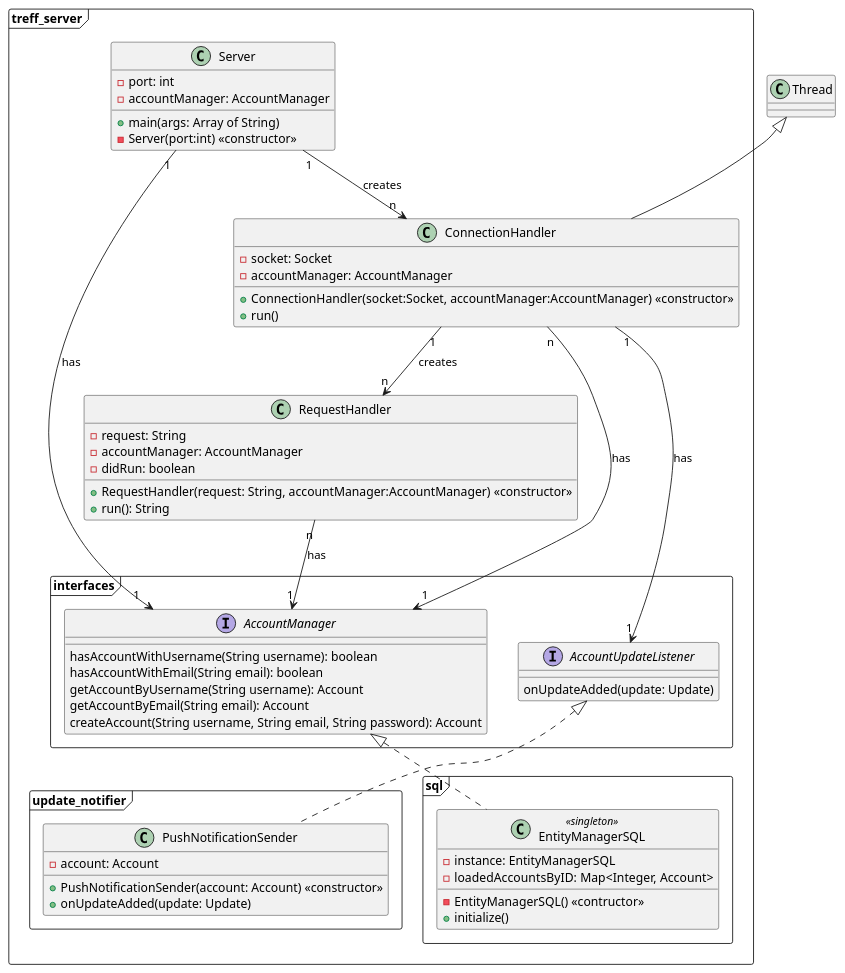
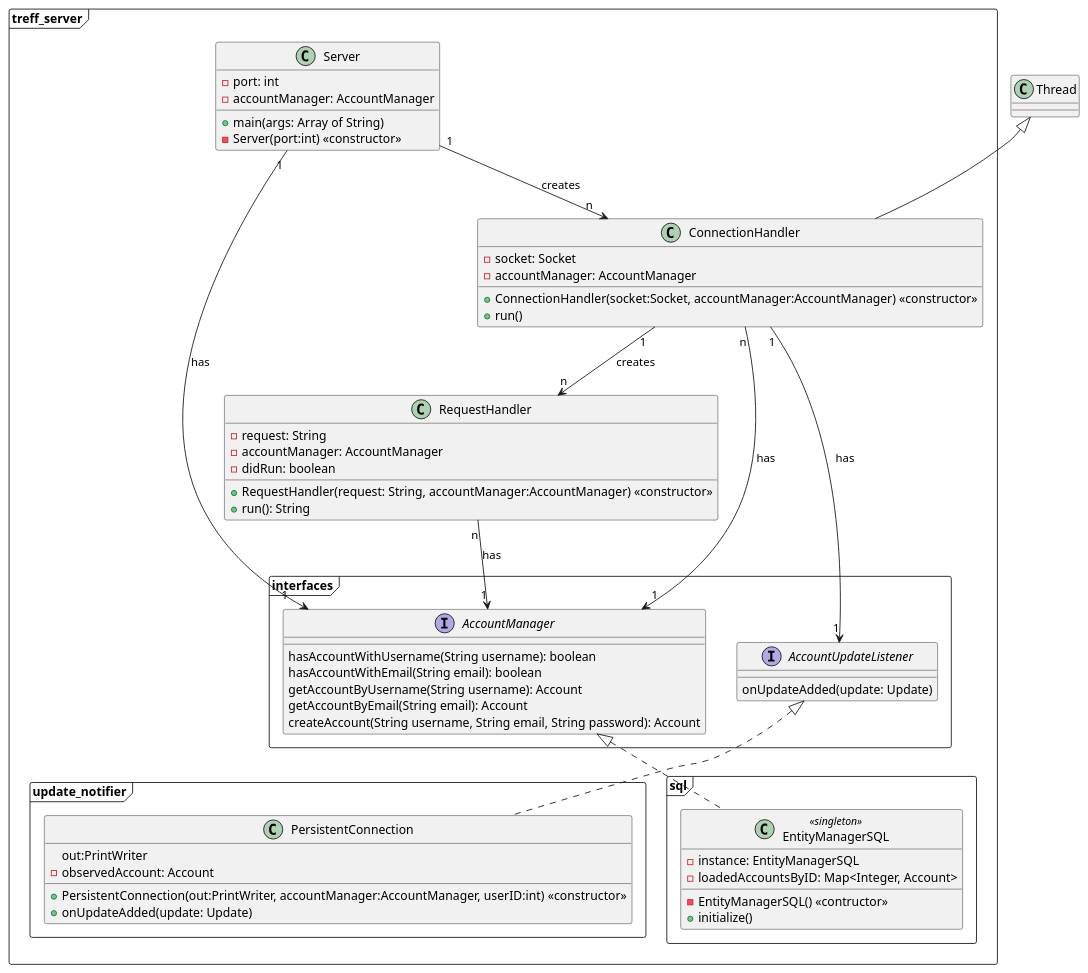
Before and after one commit to V0G3L/treff.: the diagram in entwurf/uml-source/server.plantuml, drawn with PlantUML. The commit also changed 2 other files, not shown here.

```diff
--- a/entwurf/uml-source/server.plantuml
+++ b/entwurf/uml-source/server.plantuml
@@ -1,75 +1,76 @@
 @startuml
 
 class Thread {
 }
 
 package treff_server <<Frame>> {
     class Server {
         -port: int
         -accountManager: AccountManager
 
         +main(args: Array of String)
         -Server(port:int) <<constructor>>
     }
 
     class ConnectionHandler {
         -socket: Socket
         -accountManager: AccountManager
 
         +ConnectionHandler(socket:Socket, accountManager:AccountManager) <<constructor>>
         +run()
     }
 
     class RequestHandler {
         -request: String
         -accountManager: AccountManager
         -didRun: boolean
 
         +RequestHandler(request: String, accountManager:AccountManager) <<constructor>>
         +run(): String
     }
 
     package update_notifier <<Frame>> {
-        class PushNotificationSender {
-            -account: Account
+        class PersistentConnection {
+            out:PrintWriter
+            -observedAccount: Account
 
-            +PushNotificationSender(account: Account) <<constructor>>
+            +PersistentConnection(out:PrintWriter, accountManager:AccountManager, userID:int) <<constructor>>
             +onUpdateAdded(update: Update)
         }
     }
 
     package interfaces <<Frame>> {
         interface AccountManager {
             hasAccountWithUsername(String username): boolean
             hasAccountWithEmail(String email): boolean
             getAccountByUsername(String username): Account
             getAccountByEmail(String email): Account
             createAccount(String username, String email, String password): Account
         }
 
         interface AccountUpdateListener{
             onUpdateAdded(update: Update)
         }
     }
 
     package sql <<Frame>> {
         class EntityManagerSQL <<singleton>>{
             -instance: EntityManagerSQL
             -loadedAccountsByID: Map<Integer, Account>
 
             -EntityManagerSQL() <<contructor>>
             +initialize()
         }
     }
 
     Thread <|-- ConnectionHandler
     AccountManager <|.. EntityManagerSQL
-    AccountUpdateListener <|.. PushNotificationSender
+    AccountUpdateListener <|.. PersistentConnection
     Server "1" --> "n" ConnectionHandler : creates
     ConnectionHandler "1" --> "n" RequestHandler : creates
     Server "1" --> "1" AccountManager : has
     ConnectionHandler "n" --> "1" AccountManager : has
     RequestHandler "n" --> "1" AccountManager : has
     ConnectionHandler "1" -> "1" AccountUpdateListener : has
 }
 @enduml
```
